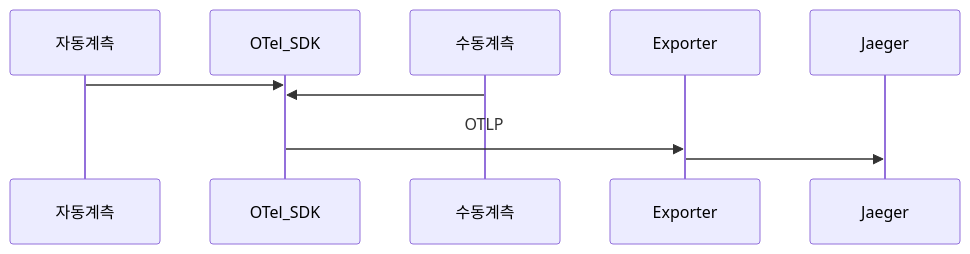
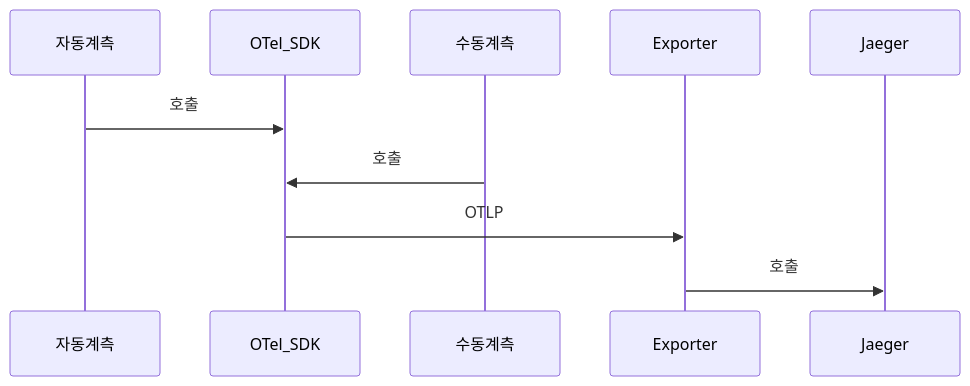
Before and after one commit to yjkim2015/yjkim2015.github.io: the third of 7 diagrams in _posts/monitoring/2026-05-03-distributed-tracing.md, drawn with Mermaid. The commit also changed 85 other files, not shown here.

First line of the commit message:
sequenceDiagram 문법 에러 2차 수정 169개 (86파일)

````diff
--- a/_posts/monitoring/2026-05-03-distributed-tracing.md
+++ b/_posts/monitoring/2026-05-03-distributed-tracing.md
@@ -176,7 +176,7 @@
 ```mermaid
 sequenceDiagram
-    자동계측->>OTel_SDK:
-    수동계측->>OTel_SDK:
+    자동계측->>OTel_SDK: 호출
+    수동계측->>OTel_SDK: 호출
     OTel_SDK->>Exporter: OTLP
-    Exporter->>Jaeger:
+    Exporter->>Jaeger: 호출
 ```
````
